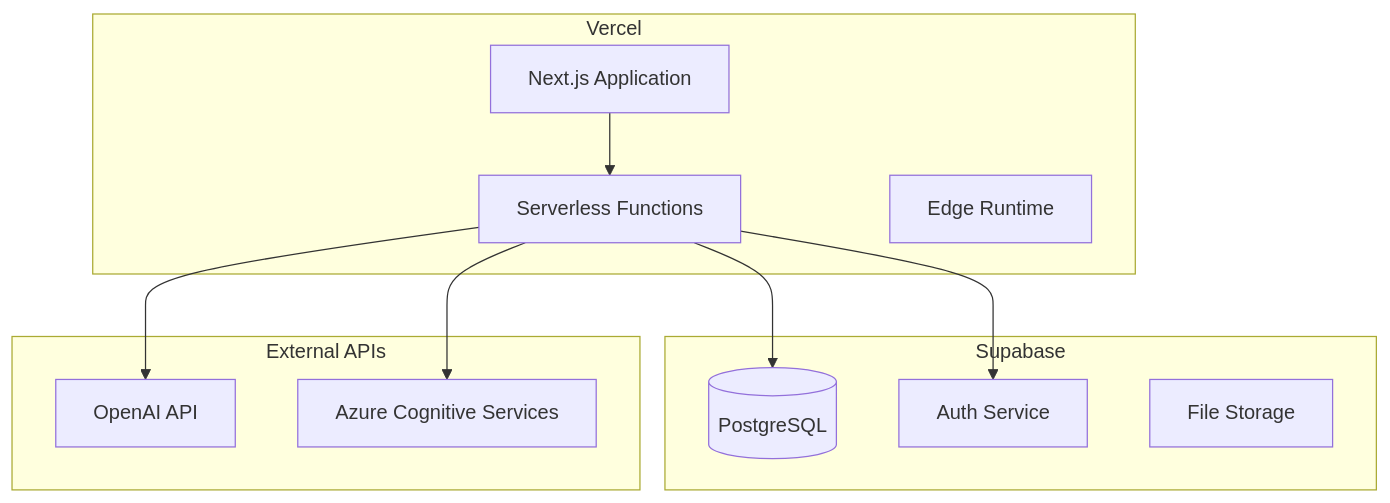
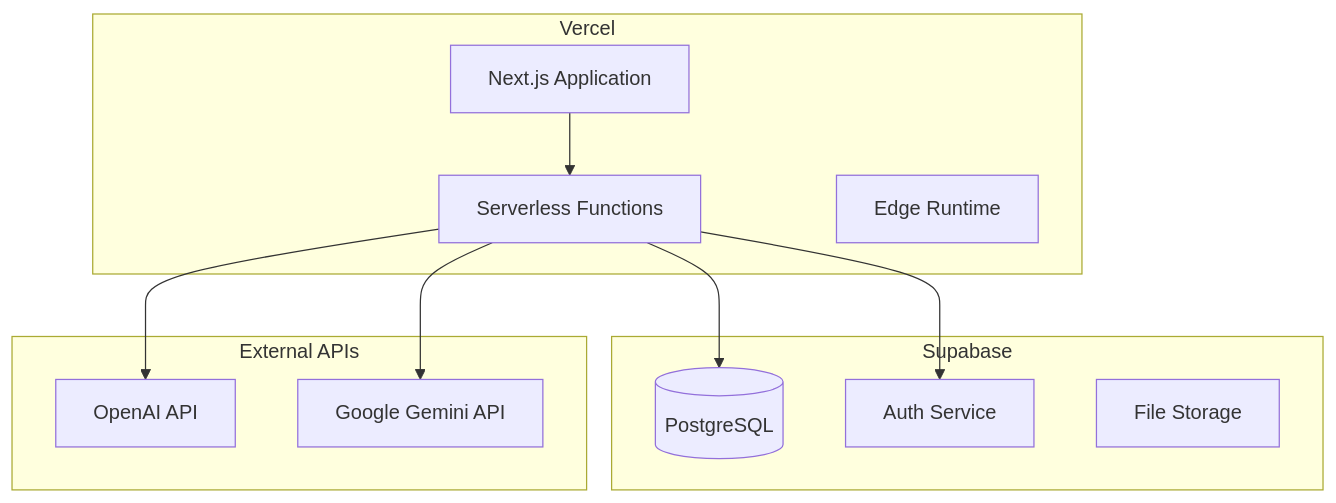
One commit to alexvcodesphere/ingestry changed the sixth of 6 diagrams in docs/arc42.md. Above: the diagram before and after it, drawn with Mermaid. The commit also changed other lines of this file and 6 other files, not shown here.

````diff
--- a/docs/arc42.md
+++ b/docs/arc42.md
@@ -332,25 +307,25 @@
 ```mermaid
 flowchart TB
     subgraph Vercel
         Next[Next.js Application]
         API[Serverless Functions]
         Edge[Edge Runtime]
     end
 
     subgraph Supabase
         PG[(PostgreSQL)]
         Auth[Auth Service]
         Storage[File Storage]
     end
 
     subgraph External APIs
         OpenAI[OpenAI API]
-        Azure[Azure Cognitive Services]
+        Gemini[Google Gemini API]
     end
 
     Next --> API
     API --> PG
     API --> Auth
     API --> OpenAI
-    API --> Azure
+    API --> Gemini
 ```
````
